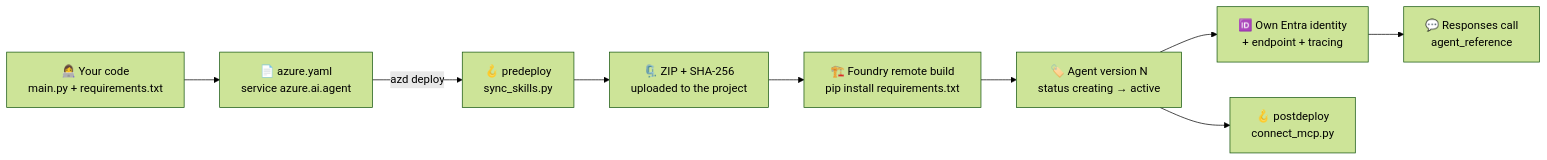
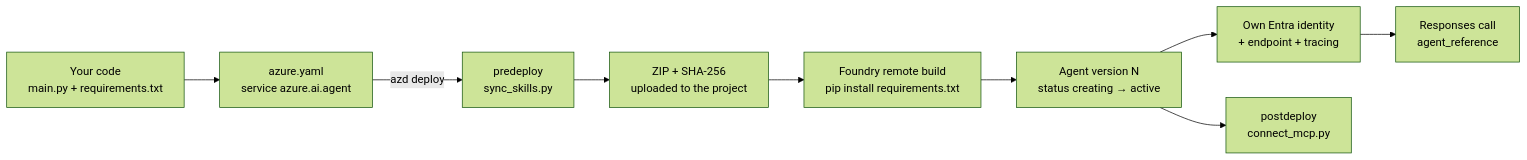
The first of 2 diagrams in docs/hosted-agents.md (nampacx/MS-Foundry-from-0-to-hero), drawn with Mermaid (forest theme) before and after one commit. The commit also changed other lines of this file and 37 other files, not shown here.

````diff
--- a/docs/hosted-agents.md
+++ b/docs/hosted-agents.md
@@ -28,11 +28,11 @@
 ```mermaid
 flowchart LR
-  C[👩‍💻 Your code<br/>main.py + requirements.txt] --> Y[📄 azure.yaml<br/>service azure.ai.agent]
-  Y -->|azd deploy| H1[🪝 predeploy<br/>sync_skills.py]
-  H1 --> Z[🗜️ ZIP + SHA-256<br/>uploaded to the project]
-  Z --> B[🏗️ Foundry remote build<br/>pip install requirements.txt]
-  B --> V[🏷️ Agent version N<br/>status creating → active]
-  V --> I[🆔 Own Entra identity<br/>+ endpoint + tracing]
-  V --> H2[🪝 postdeploy<br/>connect_mcp.py]
-  I --> U[💬 Responses call<br/>agent_reference]
+  C[Your code<br/>main.py + requirements.txt] --> Y[azure.yaml<br/>service azure.ai.agent]
+  Y -->|azd deploy| H1[predeploy<br/>sync_skills.py]
+  H1 --> Z[ZIP + SHA-256<br/>uploaded to the project]
+  Z --> B[Foundry remote build<br/>pip install requirements.txt]
+  B --> V[Agent version N<br/>status creating → active]
+  V --> I[Own Entra identity<br/>+ endpoint + tracing]
+  V --> H2[postdeploy<br/>connect_mcp.py]
+  I --> U[Responses call<br/>agent_reference]
 ```
````
